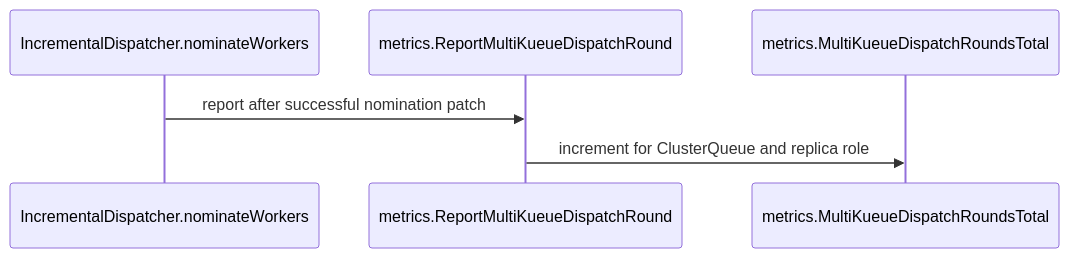
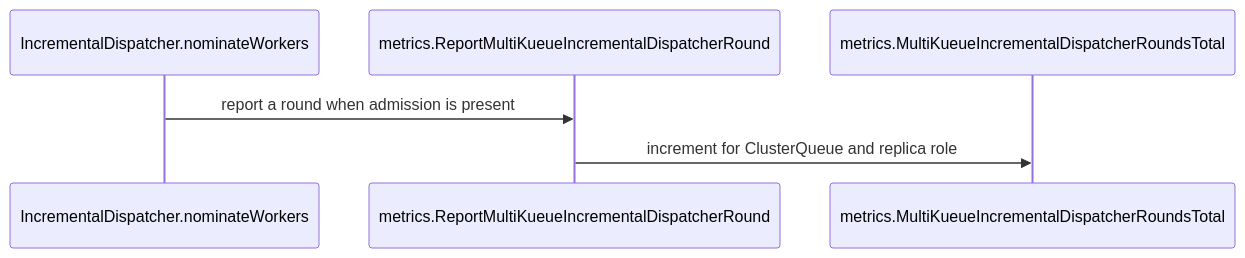
One commit to reruno/kueue-llm-wiki changed the diagram in raw/github/kubernetes-sigs__kueue/pr-16369.md. Above: the diagram before and after it, drawn with Mermaid. The commit also changed other lines of this file and 952 other files, not shown here.

````diff
--- a/raw/github/kubernetes-sigs__kueue/pr-16369.md
+++ b/raw/github/kubernetes-sigs__kueue/pr-16369.md
@@ -194,8 +205,8 @@
 ```mermaid
 sequenceDiagram
   participant Dispatcher as IncrementalDispatcher.nominateWorkers
-  participant Reporter as metrics.ReportMultiKueueDispatchRound
-  participant Counter as metrics.MultiKueueDispatchRoundsTotal
-  Dispatcher->>Reporter: report after successful nomination patch
+  participant Reporter as metrics.ReportMultiKueueIncrementalDispatcherRound
+  participant Counter as metrics.MultiKueueIncrementalDispatcherRoundsTotal
+  Dispatcher->>Reporter: report a round when admission is present
   Reporter->>Counter: increment for ClusterQueue and replica role
 ```
````
